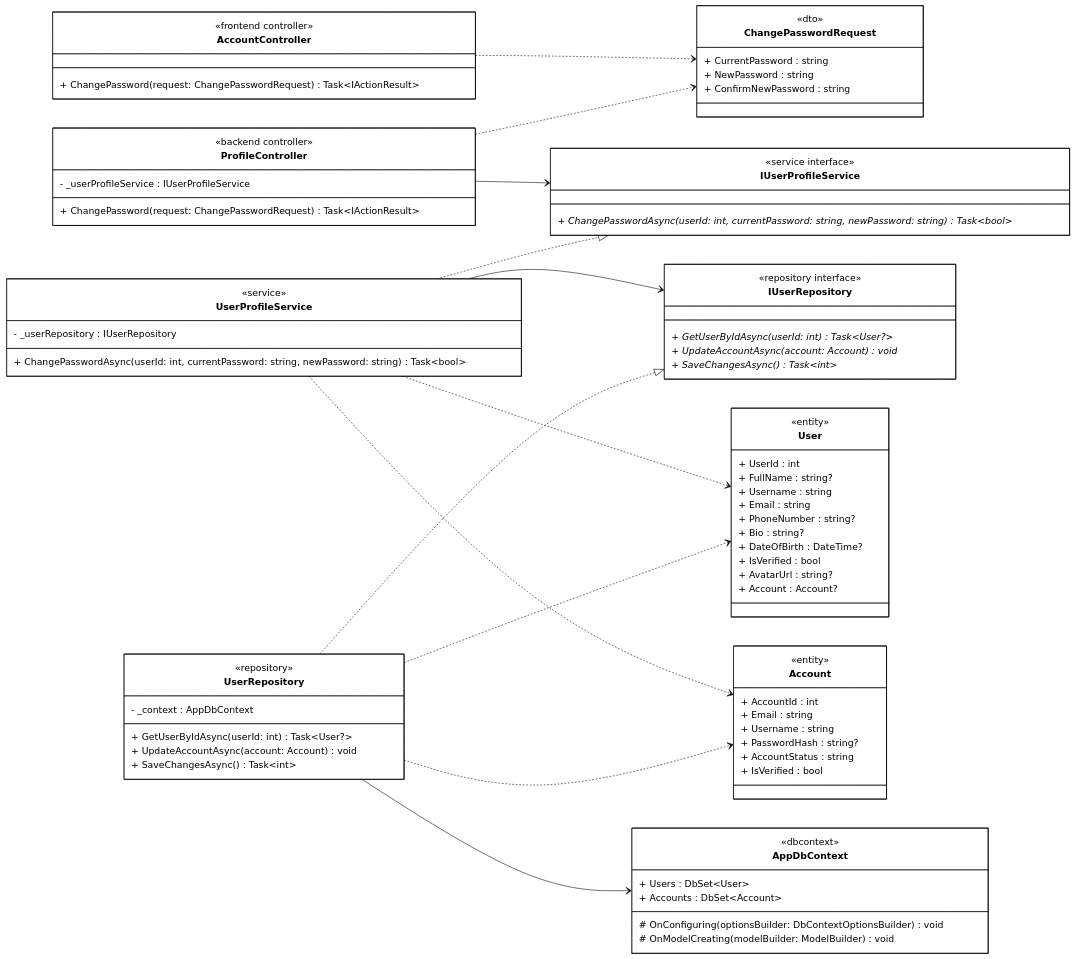
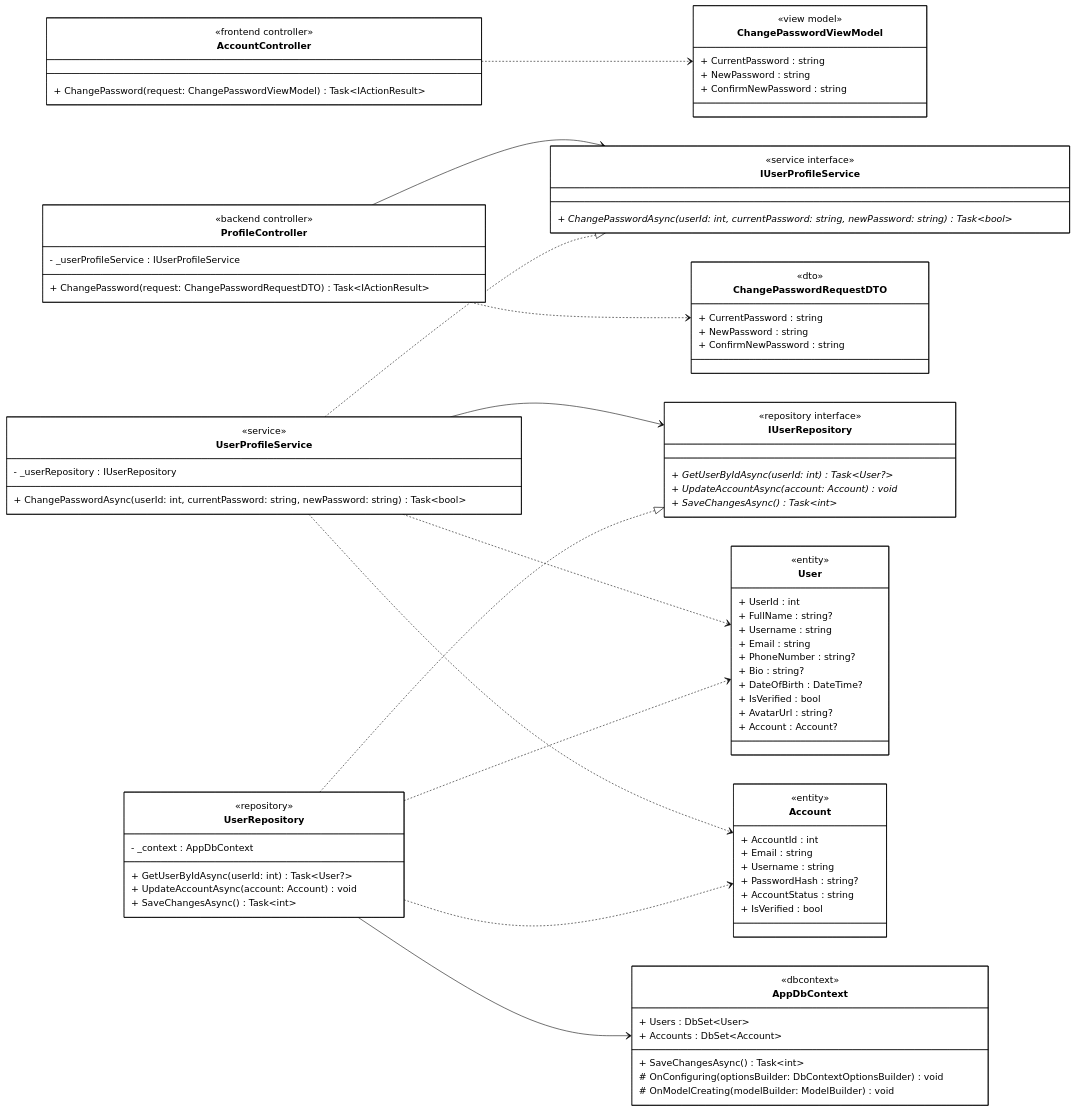
The diagram in diagrams/class_mermaid/profile/cls_mm_change_password.mmd (1000do/Linked), drawn with Mermaid (base theme) before and after one commit. The commit also changed 28 other files, not shown here.

Commit message:
fix class synced sequence

```diff
--- a/diagrams/class_mermaid/profile/cls_mm_change_password.mmd
+++ b/diagrams/class_mermaid/profile/cls_mm_change_password.mmd
@@ -1,123 +1,133 @@
 classDiagram
 direction LR
 
 %% ==================== FRONTEND ====================
 
 class AccountControllerFE["AccountController"] {
     <<frontend controller>>
-    + ChangePassword(request: ChangePasswordRequest) Task~IActionResult~
+    + ChangePassword(request: ChangePasswordViewModel) Task~IActionResult~
+}
+
+%% ==================== FRONTEND - VIEW MODELS ====================
+
+class ChangePasswordViewModel {
+    <<view model>>
+    + CurrentPassword : string
+    + NewPassword : string
+    + ConfirmNewPassword : string
 }
 
 %% ==================== BACKEND - CONTROLLER ====================
 
 class ProfileControllerBE["ProfileController"] {
     <<backend controller>>
     - _userProfileService : IUserProfileService
     
-    + ChangePassword(request: ChangePasswordRequest) Task~IActionResult~
+    + ChangePassword(request: ChangePasswordRequestDTO) Task~IActionResult~
 }
 
 %% ==================== BACKEND - DTOs ====================
 
-class ChangePasswordRequest {
+class ChangePasswordRequestDTO {
     <<dto>>
     + CurrentPassword : string
     + NewPassword : string
     + ConfirmNewPassword : string
 }
 
 %% ==================== BACKEND - DOMAIN ENTITIES ====================
 
 class User {
     <<entity>>
     + UserId : int
     + FullName : string?
     + Username : string
     + Email : string
     + PhoneNumber : string?
     + Bio : string?
     + DateOfBirth : DateTime?
     + IsVerified : bool
     + AvatarUrl : string?
     + Account : Account?
 }
 
 class Account {
     <<entity>>
     + AccountId : int
     + Email : string
     + Username : string
     + PasswordHash : string?
     + AccountStatus : string
     + IsVerified : bool
 }
 
 %% ==================== BACKEND - SERVICE INTERFACES ====================
 
 class IUserProfileService {
     <<service interface>>
     + ChangePasswordAsync(userId: int, currentPassword: string, newPassword: string) Task~bool~ *
 }
 
 class IUserRepository {
     <<repository interface>>
     + GetUserByIdAsync(userId: int) Task~User?~ *
     + UpdateAccountAsync(account: Account) void *
     + SaveChangesAsync() Task~int~ *
 }
 
 %% ==================== BACKEND - SERVICE IMPLEMENTATION ====================
 
 class UserProfileService {
     <<service>>
     - _userRepository : IUserRepository
     
     + ChangePasswordAsync(userId: int, currentPassword: string, newPassword: string) Task~bool~
 }
 
 %% ==================== BACKEND - REPOSITORY IMPLEMENTATION ====================
 
 class UserRepository {
     <<repository>>
     - _context : AppDbContext
     
     + GetUserByIdAsync(userId: int) Task~User?~
     + UpdateAccountAsync(account: Account) void
     + SaveChangesAsync() Task~int~
 }
 
 %% ==================== BACKEND - DbContext ====================
 
 class AppDbContext {
     <<dbcontext>>
     + Users : DbSet~User~
     + Accounts : DbSet~Account~
     
+    + SaveChangesAsync() Task~int~
     # OnConfiguring(optionsBuilder: DbContextOptionsBuilder) void
     # OnModelCreating(modelBuilder: ModelBuilder) void
 }
 
 %% ==================== RELATIONSHIPS ====================
 
 %% === UNIDIRECTIONAL ASSOCIATION (solid arrow) ===
 ProfileControllerBE --> IUserProfileService
 UserProfileService --> IUserRepository
 UserRepository --> AppDbContext
 
 %% === INTERFACE REALIZATION ===
 UserProfileService ..|> IUserProfileService
 UserRepository ..|> IUserRepository
 
 %% === DEPENDENCY (dashed arrows) ===
-AccountControllerFE ..> ChangePasswordRequest
-ProfileControllerBE ..> ChangePasswordRequest
+AccountControllerFE ..> ChangePasswordViewModel
+ProfileControllerBE ..> ChangePasswordRequestDTO
 
 UserProfileService ..> User
 UserProfileService ..> Account
 
 UserRepository ..> User
 UserRepository ..> Account
 
 %% ==================== STYLES ====================
 
 classDef default fill:#FFFFFF,stroke:#000000,stroke-width:1px,color:#000000
```
